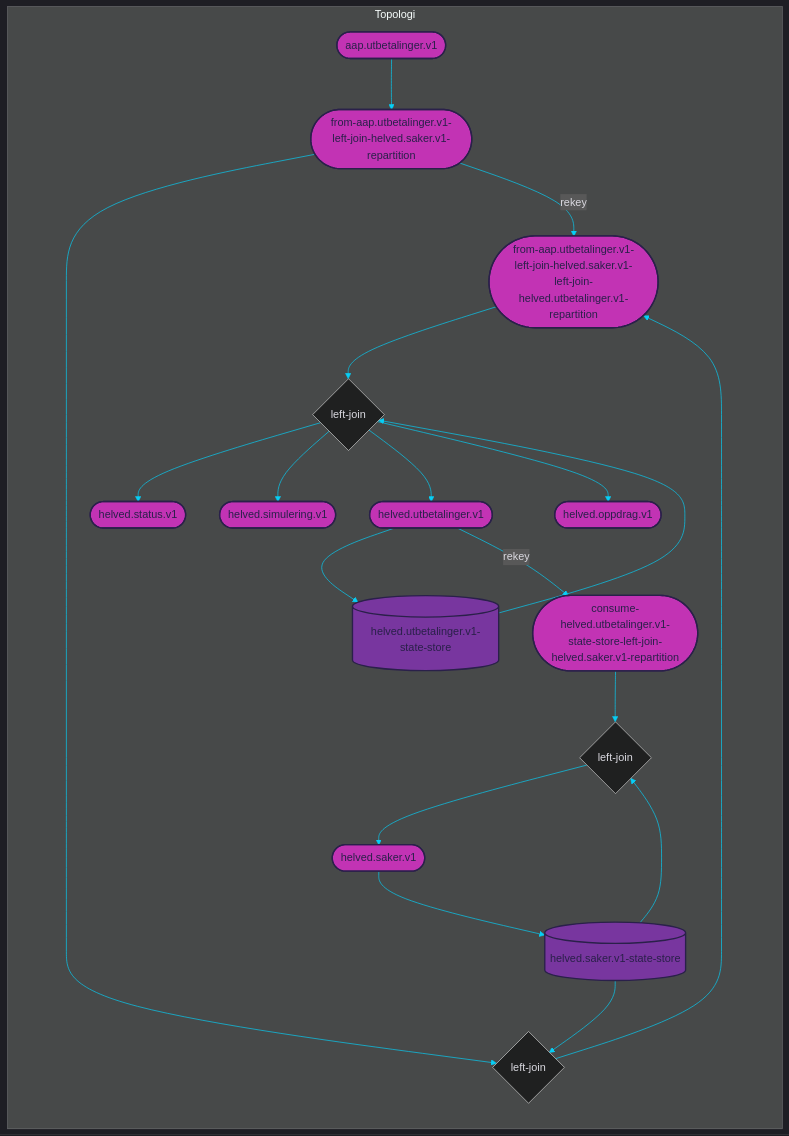
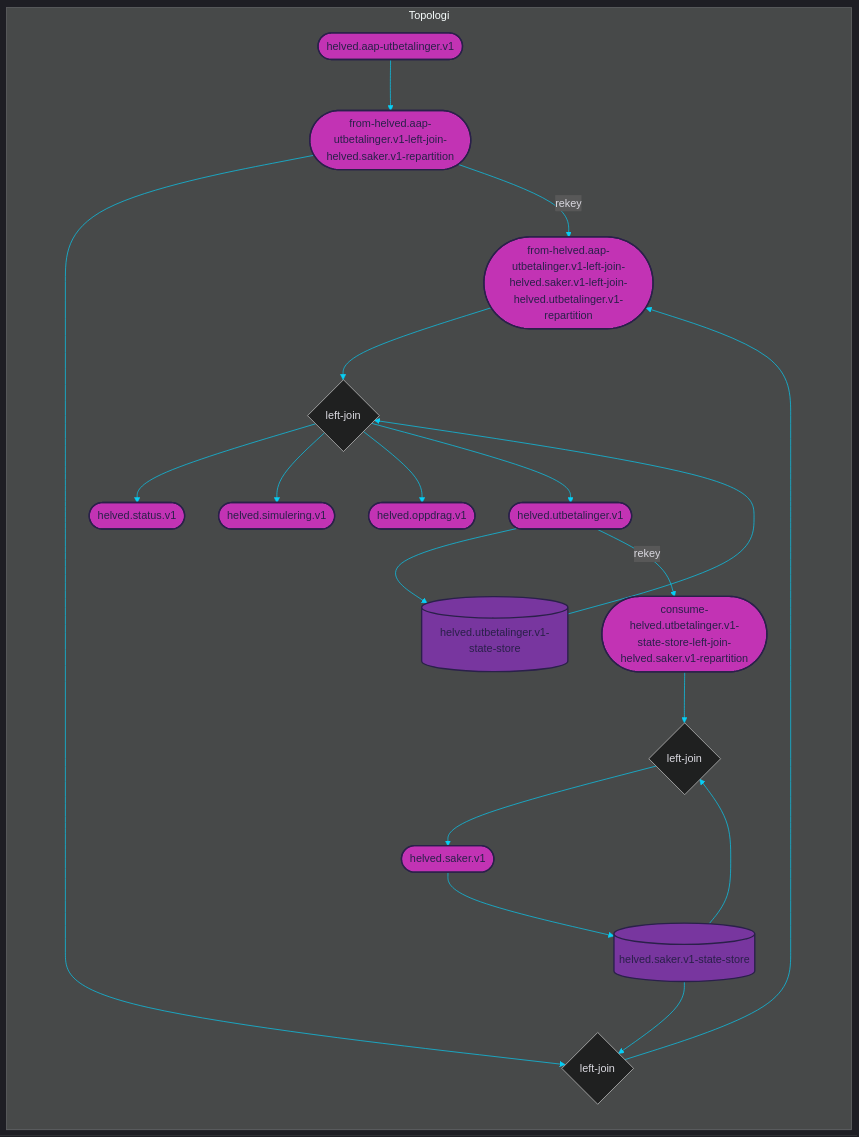
Before and after one commit to navikt/helved-utbetaling: the diagram in dokumentasjon/topology.mmd, drawn with Mermaid. The commit also changed 5 other files, not shown here.

```diff
--- a/dokumentasjon/topology.mmd
+++ b/dokumentasjon/topology.mmd
@@ -1,90 +1,90 @@
 
 %%{init: {'theme': 'dark', 'themeVariables': { 'primaryColor': '#07cff6', 'textColor': '#dad9e0', 'lineColor': '#07cff6'}}}%%
 
 graph LR
 
 subgraph Topologi
     %% TOPICS
-    from-aap.utbetalinger.v1-left-join-helved.saker.v1-left-join-helved.utbetalinger.v1-repartition([from-aap.utbetalinger.v1-left-join-helved.saker.v1-left-join-helved.utbetalinger.v1-repartition])
+    from-helved.aap-utbetalinger.v1-left-join-helved.saker.v1-left-join-helved.utbetalinger.v1-repartition([from-helved.aap-utbetalinger.v1-left-join-helved.saker.v1-left-join-helved.utbetalinger.v1-repartition])
 	helved.utbetalinger.v1([helved.utbetalinger.v1])
 	consume-helved.utbetalinger.v1-state-store-left-join-helved.saker.v1-repartition([consume-helved.utbetalinger.v1-state-store-left-join-helved.saker.v1-repartition])
 	helved.oppdrag.v1([helved.oppdrag.v1])
 	helved.simulering.v1([helved.simulering.v1])
 	helved.status.v1([helved.status.v1])
-	from-aap.utbetalinger.v1-left-join-helved.saker.v1-repartition([from-aap.utbetalinger.v1-left-join-helved.saker.v1-repartition])
+	from-helved.aap-utbetalinger.v1-left-join-helved.saker.v1-repartition([from-helved.aap-utbetalinger.v1-left-join-helved.saker.v1-repartition])
 	helved.saker.v1([helved.saker.v1])
-	aap.utbetalinger.v1([aap.utbetalinger.v1])
+	helved.aap-utbetalinger.v1([helved.aap-utbetalinger.v1])
 
     %% JOINS
-    from-aap.utbetalinger.v1-left-join-helved.saker.v1-left-join-helved.utbetalinger.v1{left-join}
-	from-aap.utbetalinger.v1-left-join-helved.saker.v1{left-join}
+    from-helved.aap-utbetalinger.v1-left-join-helved.saker.v1-left-join-helved.utbetalinger.v1{left-join}
+	from-helved.aap-utbetalinger.v1-left-join-helved.saker.v1{left-join}
 	consume-helved.utbetalinger.v1-state-store-left-join-helved.saker.v1{left-join}
 
     %% STATE PROCESSORS
     
     
     %% STATE STORES
     helved.utbetalinger.v1-state-store[(helved.utbetalinger.v1-state-store)]
 	helved.saker.v1-state-store[(helved.saker.v1-state-store)]
     
     %% DATABASES
     
     
 
     %% PROCESSOR API JOBS
     
     
     %% JOIN STREAMS
-    from-aap.utbetalinger.v1-left-join-helved.saker.v1-left-join-helved.utbetalinger.v1-repartition --> from-aap.utbetalinger.v1-left-join-helved.saker.v1-left-join-helved.utbetalinger.v1
-	helved.utbetalinger.v1-state-store --> from-aap.utbetalinger.v1-left-join-helved.saker.v1-left-join-helved.utbetalinger.v1
-	from-aap.utbetalinger.v1-left-join-helved.saker.v1-left-join-helved.utbetalinger.v1 --> helved.status.v1
-	from-aap.utbetalinger.v1-left-join-helved.saker.v1-left-join-helved.utbetalinger.v1 --> helved.simulering.v1
-	from-aap.utbetalinger.v1-left-join-helved.saker.v1-left-join-helved.utbetalinger.v1 --> helved.utbetalinger.v1
-	from-aap.utbetalinger.v1-left-join-helved.saker.v1-left-join-helved.utbetalinger.v1 --> helved.oppdrag.v1
-	from-aap.utbetalinger.v1-left-join-helved.saker.v1-repartition --> from-aap.utbetalinger.v1-left-join-helved.saker.v1
-	helved.saker.v1-state-store --> from-aap.utbetalinger.v1-left-join-helved.saker.v1
-	from-aap.utbetalinger.v1-left-join-helved.saker.v1 --> from-aap.utbetalinger.v1-left-join-helved.saker.v1-left-join-helved.utbetalinger.v1-repartition
+    from-helved.aap-utbetalinger.v1-left-join-helved.saker.v1-left-join-helved.utbetalinger.v1-repartition --> from-helved.aap-utbetalinger.v1-left-join-helved.saker.v1-left-join-helved.utbetalinger.v1
+	helved.utbetalinger.v1-state-store --> from-helved.aap-utbetalinger.v1-left-join-helved.saker.v1-left-join-helved.utbetalinger.v1
+	from-helved.aap-utbetalinger.v1-left-join-helved.saker.v1-left-join-helved.utbetalinger.v1 --> helved.status.v1
+	from-helved.aap-utbetalinger.v1-left-join-helved.saker.v1-left-join-helved.utbetalinger.v1 --> helved.simulering.v1
+	from-helved.aap-utbetalinger.v1-left-join-helved.saker.v1-left-join-helved.utbetalinger.v1 --> helved.oppdrag.v1
+	from-helved.aap-utbetalinger.v1-left-join-helved.saker.v1-left-join-helved.utbetalinger.v1 --> helved.utbetalinger.v1
+	from-helved.aap-utbetalinger.v1-left-join-helved.saker.v1-repartition --> from-helved.aap-utbetalinger.v1-left-join-helved.saker.v1
+	helved.saker.v1-state-store --> from-helved.aap-utbetalinger.v1-left-join-helved.saker.v1
+	from-helved.aap-utbetalinger.v1-left-join-helved.saker.v1 --> from-helved.aap-utbetalinger.v1-left-join-helved.saker.v1-left-join-helved.utbetalinger.v1-repartition
 	consume-helved.utbetalinger.v1-state-store-left-join-helved.saker.v1-repartition --> consume-helved.utbetalinger.v1-state-store-left-join-helved.saker.v1
 	helved.saker.v1-state-store --> consume-helved.utbetalinger.v1-state-store-left-join-helved.saker.v1
 	consume-helved.utbetalinger.v1-state-store-left-join-helved.saker.v1 --> helved.saker.v1
 
     %% TABLE STREAMS
     helved.utbetalinger.v1 --> helved.utbetalinger.v1-state-store
 	helved.saker.v1 --> helved.saker.v1-state-store
 
     %% JOB STREAMS
     
     
     %% BRANCH STREAMS
     
 
     %% REPARTITION STREAMS
     helved.utbetalinger.v1 --> |rekey| consume-helved.utbetalinger.v1-state-store-left-join-helved.saker.v1-repartition
-	from-aap.utbetalinger.v1-left-join-helved.saker.v1-repartition --> |rekey| from-aap.utbetalinger.v1-left-join-helved.saker.v1-left-join-helved.utbetalinger.v1-repartition
+	from-helved.aap-utbetalinger.v1-left-join-helved.saker.v1-repartition --> |rekey| from-helved.aap-utbetalinger.v1-left-join-helved.saker.v1-left-join-helved.utbetalinger.v1-repartition
     
     %% BASIC STREAMS
-    aap.utbetalinger.v1 --> from-aap.utbetalinger.v1-left-join-helved.saker.v1-repartition
+    helved.aap-utbetalinger.v1 --> from-helved.aap-utbetalinger.v1-left-join-helved.saker.v1-repartition
     
     %% CUSTOM PROCESS STREAMS
     
 end
 
 %% COLORS
 %% light    #dad9e0
 %% purple   #78369f
 %% pink     #c233b4
 %% dark     #2a204a
 %% blue     #07cff6
 
 %% STYLES
-style from-aap.utbetalinger.v1-left-join-helved.saker.v1-left-join-helved.utbetalinger.v1-repartition fill:#c233b4, stroke:#2a204a, stroke-width:2px, color:#2a204a
+style from-helved.aap-utbetalinger.v1-left-join-helved.saker.v1-left-join-helved.utbetalinger.v1-repartition fill:#c233b4, stroke:#2a204a, stroke-width:2px, color:#2a204a
 style helved.utbetalinger.v1 fill:#c233b4, stroke:#2a204a, stroke-width:2px, color:#2a204a
 style consume-helved.utbetalinger.v1-state-store-left-join-helved.saker.v1-repartition fill:#c233b4, stroke:#2a204a, stroke-width:2px, color:#2a204a
 style helved.oppdrag.v1 fill:#c233b4, stroke:#2a204a, stroke-width:2px, color:#2a204a
 style helved.simulering.v1 fill:#c233b4, stroke:#2a204a, stroke-width:2px, color:#2a204a
 style helved.status.v1 fill:#c233b4, stroke:#2a204a, stroke-width:2px, color:#2a204a
-style from-aap.utbetalinger.v1-left-join-helved.saker.v1-repartition fill:#c233b4, stroke:#2a204a, stroke-width:2px, color:#2a204a
+style from-helved.aap-utbetalinger.v1-left-join-helved.saker.v1-repartition fill:#c233b4, stroke:#2a204a, stroke-width:2px, color:#2a204a
 style helved.saker.v1 fill:#c233b4, stroke:#2a204a, stroke-width:2px, color:#2a204a
-style aap.utbetalinger.v1 fill:#c233b4, stroke:#2a204a, stroke-width:2px, color:#2a204a
+style helved.aap-utbetalinger.v1 fill:#c233b4, stroke:#2a204a, stroke-width:2px, color:#2a204a
 style helved.utbetalinger.v1-state-store fill:#78369f, stroke:#2a204a, stroke-width:2px, color:#2a204a
 style helved.saker.v1-state-store fill:#78369f, stroke:#2a204a, stroke-width:2px, color:#2a204a
```
